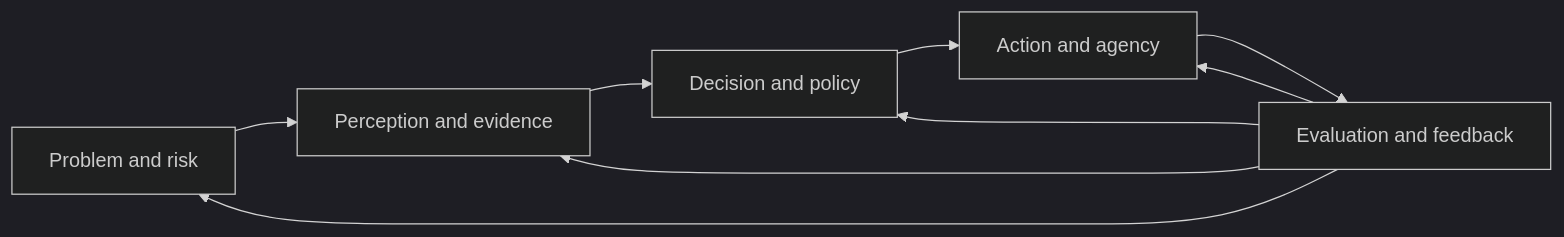
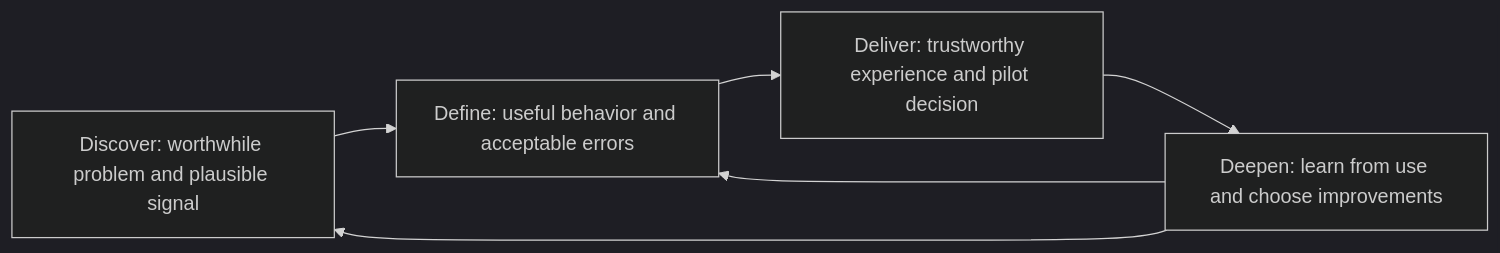
Before and after one commit to sde-agent/ai-pm-framework: the first of 3 diagrams in docs/AI-PM-FIELD-GUIDE.md, drawn with Mermaid (dark theme). The commit also changed other lines of this file and 3 other files, not shown here.

````diff
--- a/docs/AI-PM-FIELD-GUIDE.md
+++ b/docs/AI-PM-FIELD-GUIDE.md
@@ -30,11 +20,8 @@
 ```mermaid
 flowchart LR
-    R[Problem and risk] --> E[Perception and evidence]
-    E --> P[Decision and policy]
-    P --> A[Action and agency]
-    A --> F[Evaluation and feedback]
-    F --> R
-    F --> E
-    F --> P
-    F --> A
+    D[Discover: worthwhile problem and plausible signal] --> F[Define: useful behavior and acceptable errors]
+    F --> L[Deliver: trustworthy experience and pilot decision]
+    L --> P[Deepen: learn from use and choose improvements]
+    P --> D
+    P --> F
 ```
````
